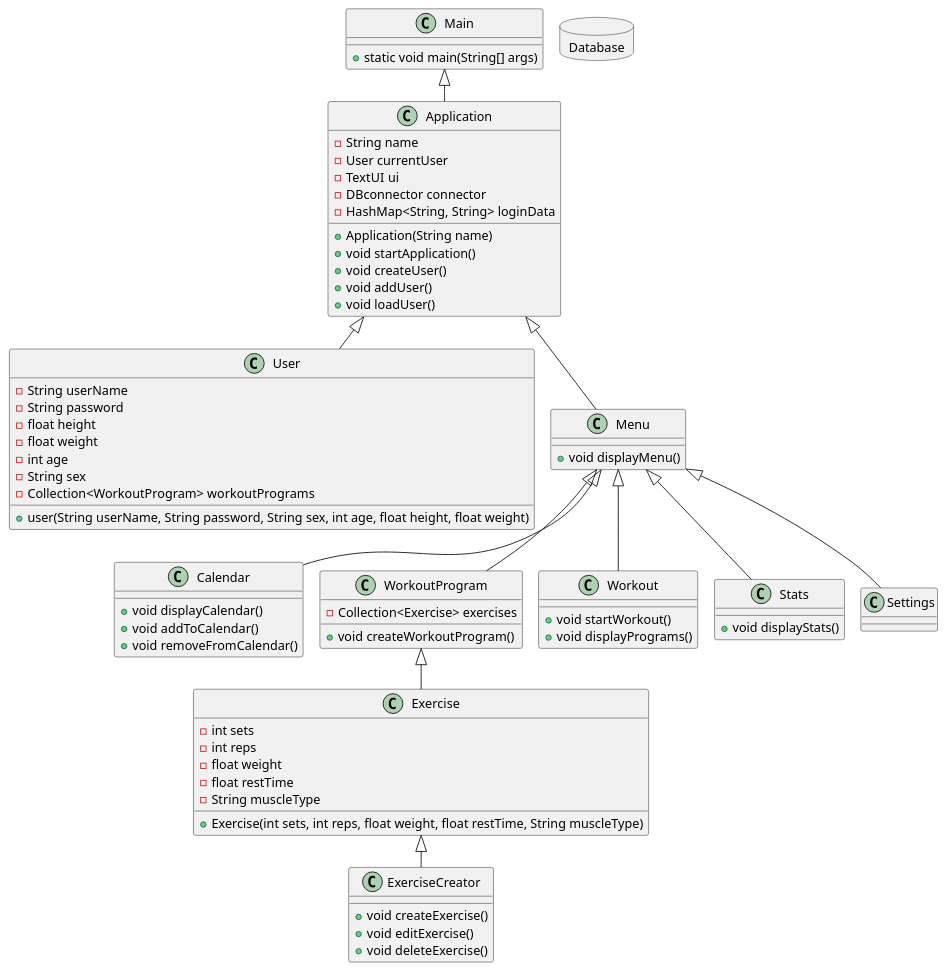
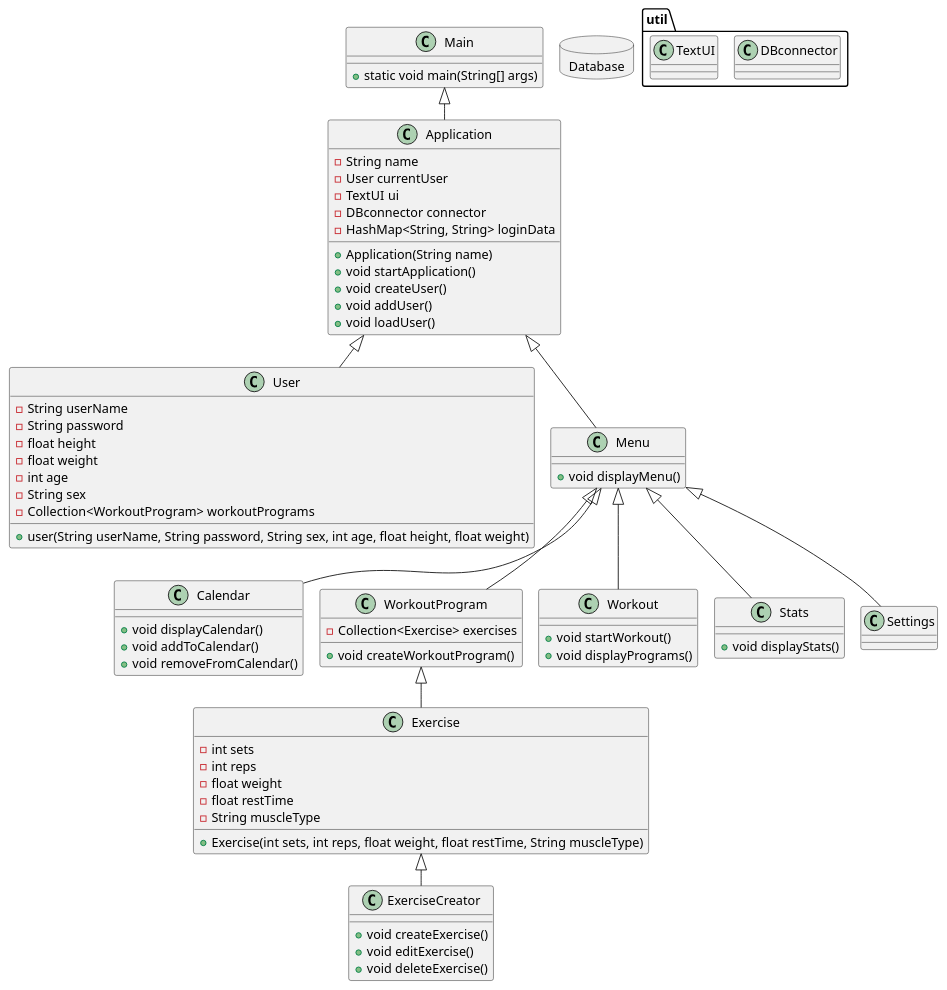
The diagram in doc/ClassDiagram.puml (emil2112/ICE-gruppe-D), drawn with PlantUML before and after one commit.

Commit message:
updated classdiagram

```diff
--- a/doc/ClassDiagram.puml
+++ b/doc/ClassDiagram.puml
@@ -1,86 +1,94 @@
 @startuml
 !pragma layout smetana
 
 class Main{
    +static void main(String[] args)
 }
 
 database Database{
 
 }
+package "util"{
+class DBconnector{
 
+}
+
+class TextUI{
+
+}
+}
 class Application{
 -String name
 -User currentUser
 -TextUI ui
 -DBconnector connector
 -HashMap<String, String> loginData
 
 +Application(String name)
 +void startApplication()
 +void createUser()
 +void addUser()
 +void loadUser()
 }
 
 class User{
 -String userName
 -String password
 -float height
 -float weight
 -int age
 -String sex
 +user(String userName, String password, String sex, int age, float height, float weight)
 -Collection<WorkoutProgram> workoutPrograms
 }
 
 class Menu{
 +void displayMenu()
 }
 
 class Calendar{
 +void displayCalendar()
 +void addToCalendar()
 +void removeFromCalendar()
 }
 
 class WorkoutProgram{
 -Collection<Exercise> exercises
 +void createWorkoutProgram()
 }
 
 class Workout{
 +void startWorkout()
 +void displayPrograms()
 }
 
 class Stats{
 +void displayStats()
 }
 
 class Exercise{
 -int sets
 -int reps
 -float weight
 -float restTime
 -String muscleType
 +Exercise(int sets, int reps, float weight, float restTime, String muscleType)
 }
 
 class ExerciseCreator{
 +void createExercise()
 +void editExercise()
 +void deleteExercise()
 }
 
 Main <|-- Application
 Application <|-- User
 Application <|-- Menu
 Menu <|-- Workout
 Menu <|-- WorkoutProgram
 Menu <|-- Stats
 Menu <|-- Calendar
 Menu <|-- Settings
 WorkoutProgram <|-- Exercise
 Exercise <|-- ExerciseCreator
 @enduml
```
